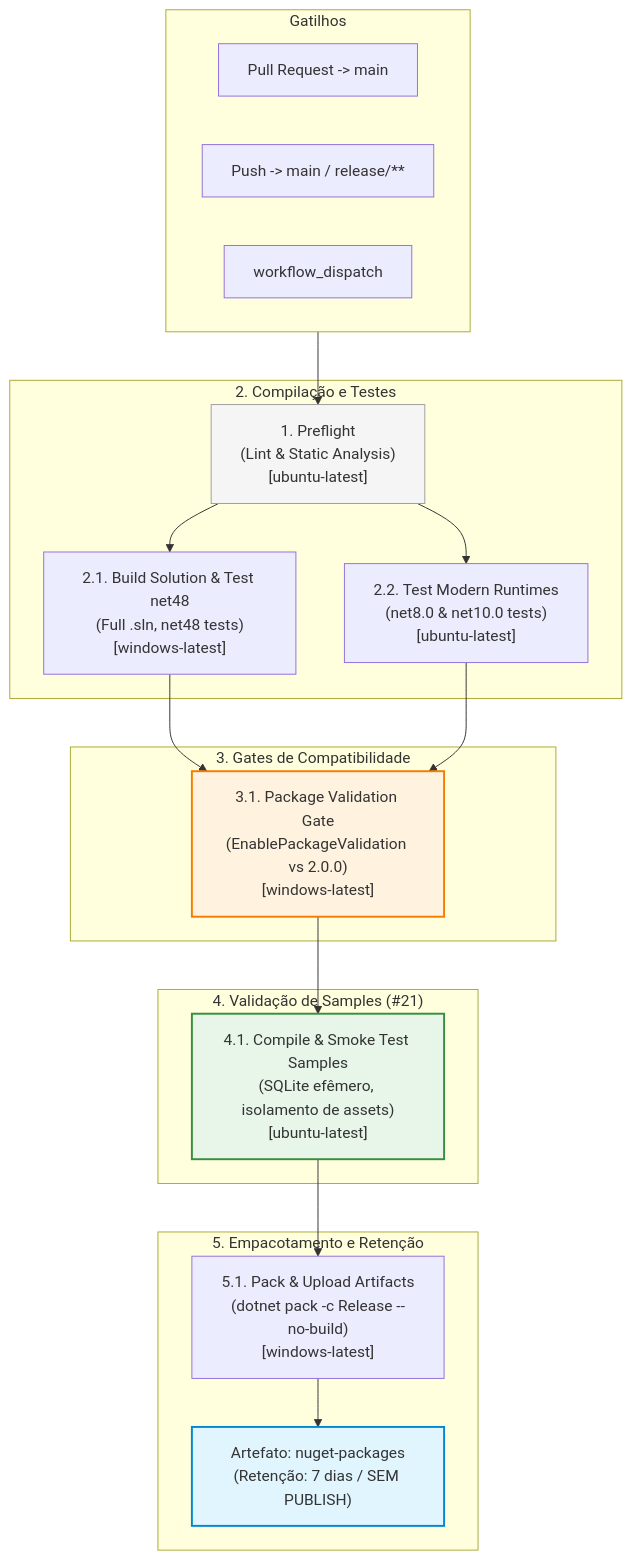
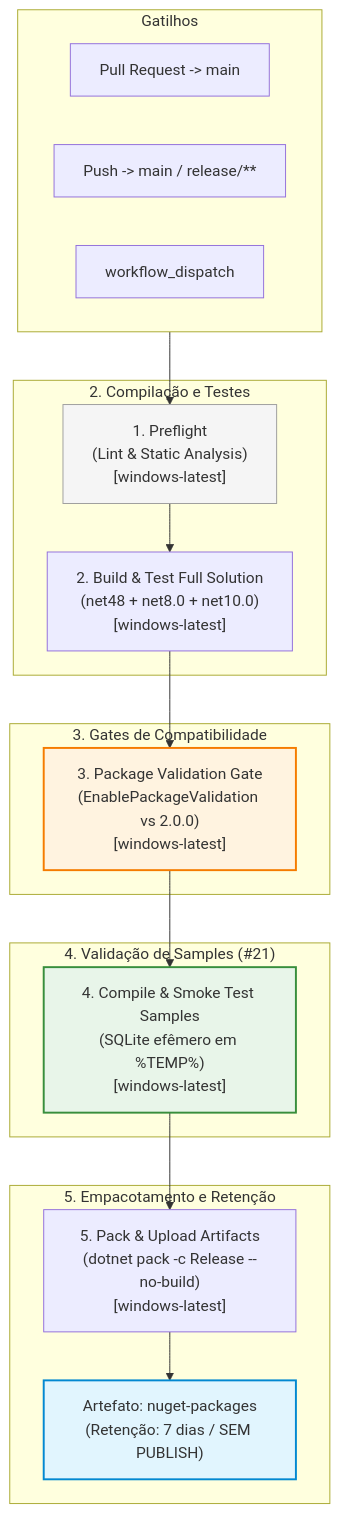
One commit to softprime/Softprime.Framework changed the second of 3 diagrams in docs/ci-pipeline-spec.md. Above: the diagram before and after it, drawn with Mermaid. The commit also changed other lines of this file and 2 other files, not shown here.

Commit message:
docs(ci): simplificar pipeline de CI para topologia unificada 100% Windows (#8)

````diff
--- a/docs/ci-pipeline-spec.md
+++ b/docs/ci-pipeline-spec.md
@@ -62,34 +69,32 @@
 ```mermaid
 flowchart TD
     subgraph TriggerEvents ["Gatilhos"]
         PR["Pull Request -> main"]
         PushMain["Push -> main / release/**"]
         ManualDispatch["workflow_dispatch"]
     end
 
-    TriggerEvents --> PreflightJob["1. Preflight\n(Lint & Static Analysis)\n[ubuntu-latest]"]
+    TriggerEvents --> PreflightJob["1. Preflight\n(Lint & Static Analysis)\n[windows-latest]"]
 
-    subgraph BuildAndMatrix ["2. Compilação e Testes"]
-        PreflightJob --> BuildWindowsJob["2.1. Build Solution & Test net48\n(Full .sln, net48 tests)\n[windows-latest]"]
-        PreflightJob --> TestLinuxJob["2.2. Test Modern Runtimes\n(net8.0 & net10.0 tests)\n[ubuntu-latest]"]
+    subgraph BuildAndTests ["2. Compilação e Testes"]
+        PreflightJob --> BuildJob["2. Build & Test Full Solution\n(net48 + net8.0 + net10.0)\n[windows-latest]"]
     end
 
     subgraph QualityGates ["3. Gates de Compatibilidade"]
-        BuildWindowsJob --> ValidationGate["3.1. Package Validation Gate\n(EnablePackageValidation vs 2.0.0)\n[windows-latest]"]
-        TestLinuxJob --> ValidationGate
+        BuildJob --> ValidationGate["3. Package Validation Gate\n(EnablePackageValidation vs 2.0.0)\n[windows-latest]"]
     end
 
     subgraph SamplesIntegration ["4. Validação de Samples (#21)"]
-        ValidationGate --> SamplesJob["4.1. Compile & Smoke Test Samples\n(SQLite efêmero, isolamento de assets)\n[ubuntu-latest]"]
+        ValidationGate --> SamplesJob["4. Compile & Smoke Test Samples\n(SQLite efêmero em %TEMP%)\n[windows-latest]"]
     end
 
     subgraph PackagingStage ["5. Empacotamento e Retenção"]
-        SamplesJob --> PackJob["5.1. Pack & Upload Artifacts\n(dotnet pack -c Release --no-build)\n[windows-latest]"]
+        SamplesJob --> PackJob["5. Pack & Upload Artifacts\n(dotnet pack -c Release --no-build)\n[windows-latest]"]
         PackJob --> ArtifactArchive["Artefato: nuget-packages\n(Retenção: 7 dias / SEM PUBLISH)"]
     end
 
     style PreflightJob fill:#f5f5f5,stroke:#9e9e9e,stroke-width:1px
     style ValidationGate fill:#fff3e0,stroke:#f57c00,stroke-width:2px
     style SamplesJob fill:#e8f5e9,stroke:#388e3c,stroke-width:2px
     style ArtifactArchive fill:#e1f5fe,stroke:#0288d1,stroke-width:2px
 ```
````
